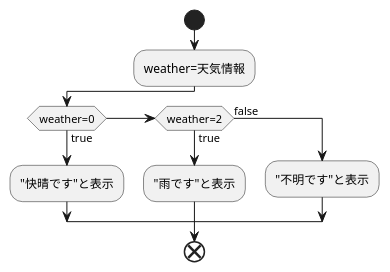
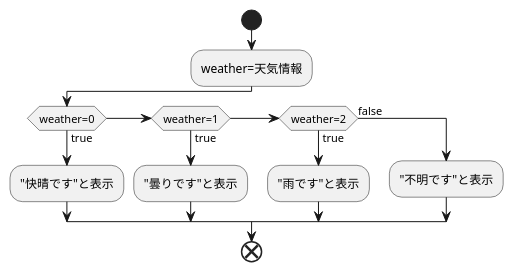
The diagram in ouyou1.md (Aso2101121/2021sys-design-2), drawn with PlantUML before and after one commit.

````diff
--- a/ouyou1.md
+++ b/ouyou1.md
@@ -1,16 +1,18 @@
 ```uml
 @startuml
 start
 :weather=天気情報;
 
 if(weather=0)then(true)
 :"快晴です"と表示;
+elseif(weather=1)then(true)
+:"曇りです"と表示;
 elseif(weather=2)then(true)
 :"雨です"と表示;
 else(false)
 :"不明です"と表示;
 endif
 
 end
 @enduml
 ```
````
